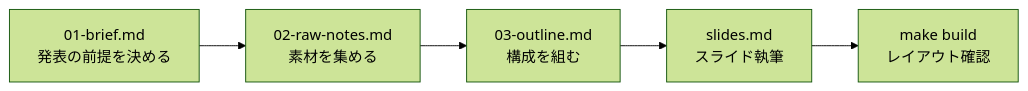
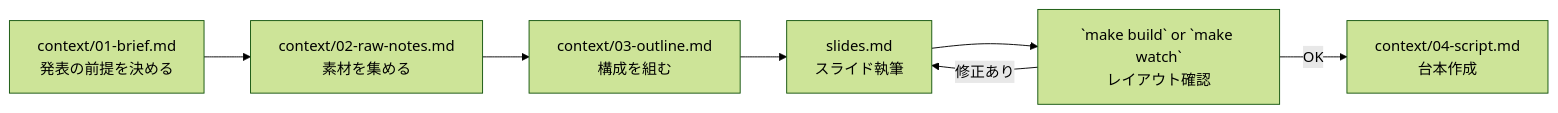
Before and after one commit to RateteDev/slide-generate: the diagram in AGENTS.md, drawn with Mermaid (forest theme). The commit also changed other lines of this file and 1 other file, not shown here.

````diff
--- a/AGENTS.md
+++ b/AGENTS.md
@@ -17,7 +17,9 @@
 ```mermaid
 flowchart LR
-    A[01-brief.md<br>発表の前提を決める] --> B[02-raw-notes.md<br>素材を集める]
-    B --> C[03-outline.md<br>構成を組む]
+    A[context/01-brief.md<br>発表の前提を決める] --> B[context/02-raw-notes.md<br>素材を集める]
+    B --> C[context/03-outline.md<br>構成を組む]
     C --> D[slides.md<br>スライド執筆]
-    D --> E[make build<br>レイアウト確認]
+    D --> E[`make build` or `make watch`<br>レイアウト確認]
+    E -->|修正あり| D
+    E -->|OK| F[context/04-script.md<br>台本作成]
 ```
````
